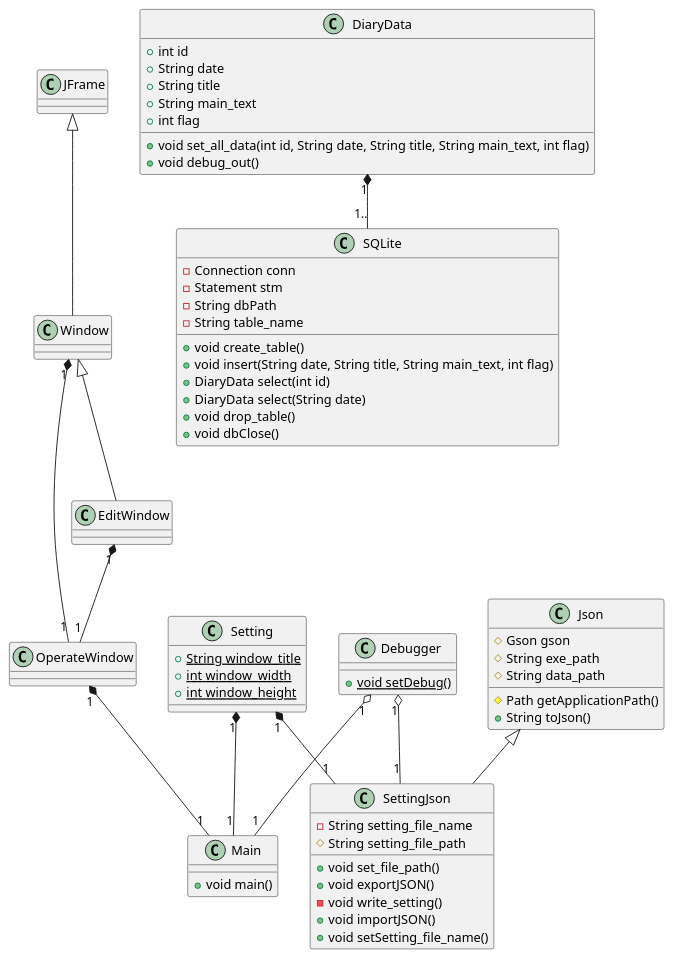
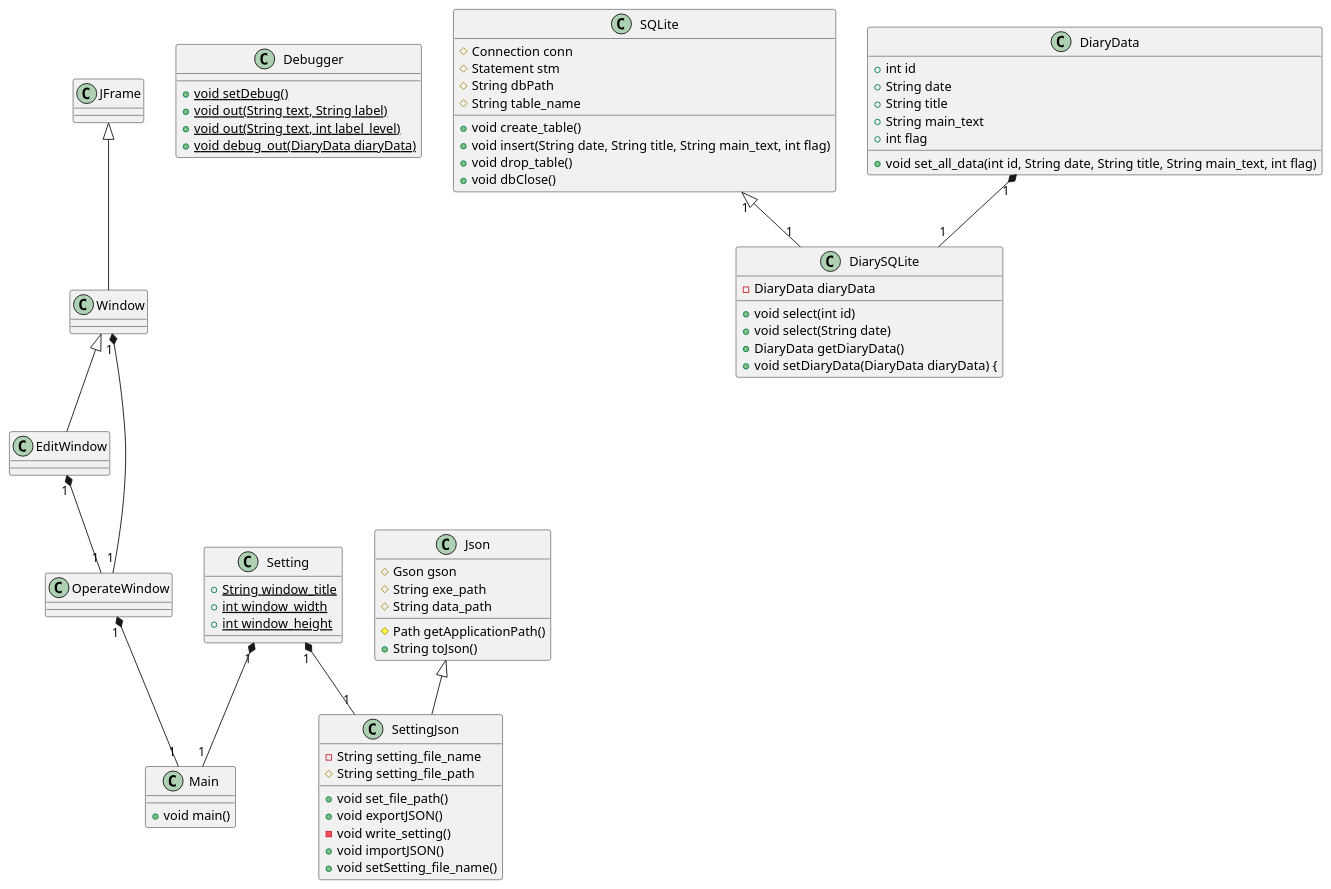
One commit to parsecmonkey/diary changed the diagram in UML/class.pu. Above: the diagram before and after it, drawn with PlantUML. The commit also changed 9 other files, not shown here.

```diff
--- a/UML/class.pu
+++ b/UML/class.pu
@@ -1,87 +1,96 @@
 @startuml
 ' クラス定義
 class Main {
     + void main()
 }
 
 class JFrame{
 }
 
 class Window {
 }
 
 class EditWindow {
 }
 
 class OperateWindow {
 }
 
 class Json {
     # Gson gson
     # String exe_path
     # String data_path
     # Path getApplicationPath()
     + String toJson()
 }
 
 class Setting {
     {static}+ String window_title
     {static}+ int window_width
     {static}+ int window_height
 }
 
 class SettingJson {    
     - String setting_file_name
     # String setting_file_path
     + void set_file_path()
     + void exportJSON()
     - void write_setting()
     + void importJSON()
     + void setSetting_file_name()
 }
 
 class Debugger{
     {static}+ void setDebug()
+    {static}+ void out(String text, String label)
+    {static}+ void out(String text, int label_level)
+    {static}+ void debug_out(DiaryData diaryData)
 }
 
 ' DB関連
 
 class SQLite{
-    - Connection conn
-    - Statement stm
-    - String dbPath
-    - String table_name
+    # Connection conn
+    # Statement stm
+    # String dbPath
+    # String table_name
     
     + void create_table() 
     + void insert(String date, String title, String main_text, int flag)
-    + DiaryData select(int id)
-    + DiaryData select(String date)
     + void drop_table()
     + void dbClose()
+}
+
+class DiarySQLite{
+    - DiaryData diaryData
+    + void select(int id)
+    + void select(String date)
+    + DiaryData getDiaryData()
+    + void setDiaryData(DiaryData diaryData) {
 }
 
 class DiaryData{
     + int id
     + String date
     + String title
     + String main_text
     + int flag
 
     + void set_all_data(int id, String date, String title, String main_text, int flag)
-    + void debug_out()
 }
+
+
 
 ' 関係
 ' Json <|-- SettingJson : 継承
 Json <|-- SettingJson
 JFrame <|-- Window
 Window "1" *-- "1" OperateWindow
 Window <|-- EditWindow
 EditWindow "1" *-- "1" OperateWindow
 OperateWindow "1" *-- "1" Main
 Setting "1" *-- "1" SettingJson
 Setting "1" *-- "1" Main
-Debugger "1" o-- "1" Main
-Debugger "1" o-- "1" SettingJson
-DiaryData "1" *-- "1.." SQLite
+DiaryData "1" *-- "1" DiarySQLite
+SQLite "1" <|-- "1" DiarySQLite
 @enduml
```
